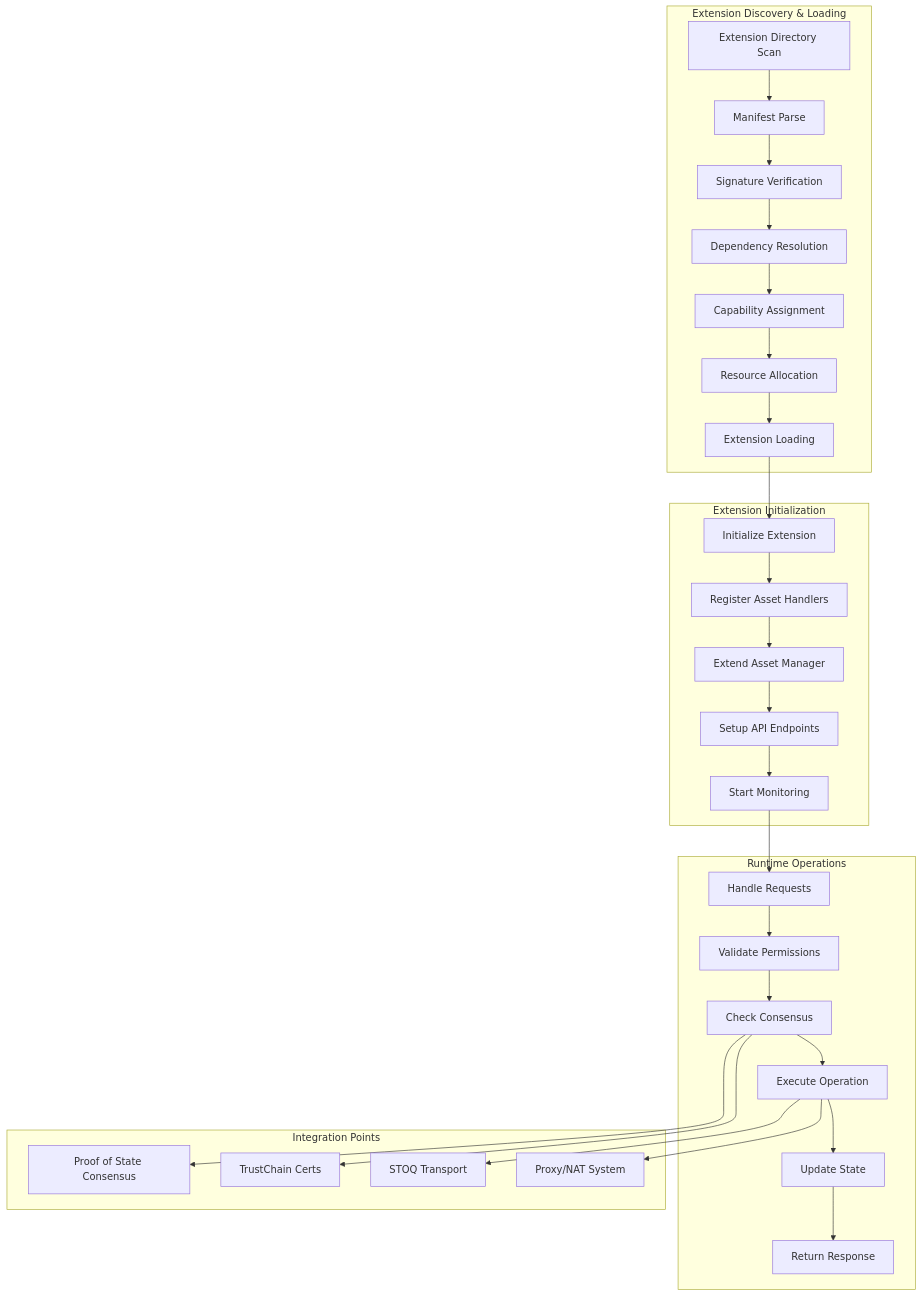
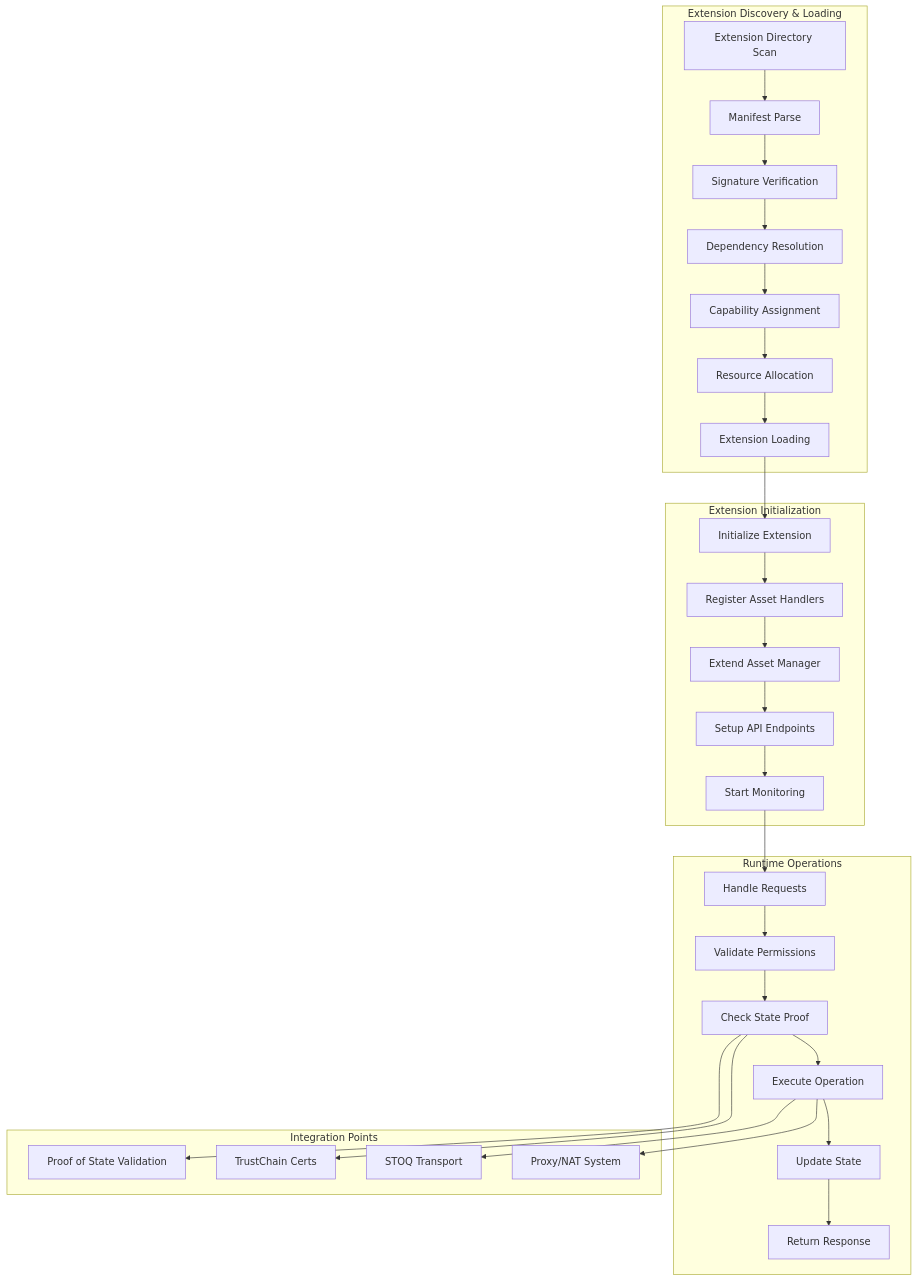
One commit to hypermesh-online/hypermesh changed the diagram in blockmatrix/src/extensions/INTEGRATION_FLOW.md. Above: the diagram before and after it, drawn with Mermaid. The commit also changed other lines of this file and 410 other files, not shown here.

````diff
--- a/blockmatrix/src/extensions/INTEGRATION_FLOW.md
+++ b/blockmatrix/src/extensions/INTEGRATION_FLOW.md
@@ -9,35 +9,35 @@
 ```mermaid
 graph TB
     subgraph "Extension Discovery & Loading"
         A[Extension Directory Scan] --> B[Manifest Parse]
         B --> C[Signature Verification]
         C --> D[Dependency Resolution]
         D --> E[Capability Assignment]
         E --> F[Resource Allocation]
         F --> G[Extension Loading]
     end
 
     subgraph "Extension Initialization"
         G --> H[Initialize Extension]
         H --> I[Register Asset Handlers]
         I --> J[Extend Asset Manager]
         J --> K[Setup API Endpoints]
         K --> L[Start Monitoring]
     end
 
     subgraph "Runtime Operations"
         L --> M[Handle Requests]
         M --> N[Validate Permissions]
-        N --> O[Check Consensus]
+        N --> O[Check State Proof]
         O --> P[Execute Operation]
         P --> Q[Update State]
         Q --> R[Return Response]
     end
 
     subgraph "Integration Points"
-        O --> S[Proof of State Consensus]
+        O --> S[Proof of State Validation]
         O --> T[TrustChain Certs]
         P --> U[STOQ Transport]
         P --> V[Proxy/NAT System]
     end
 ```
````
